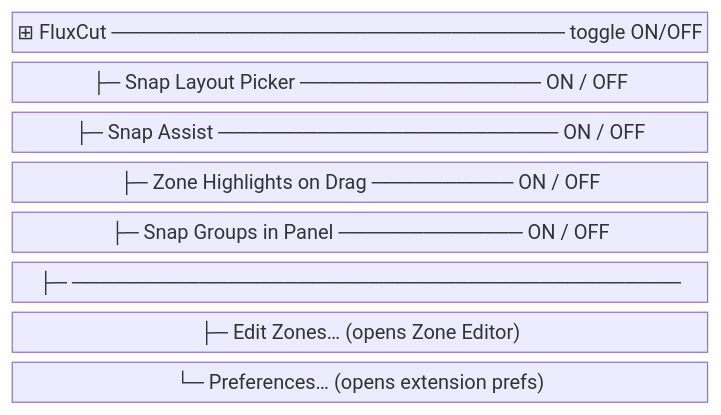
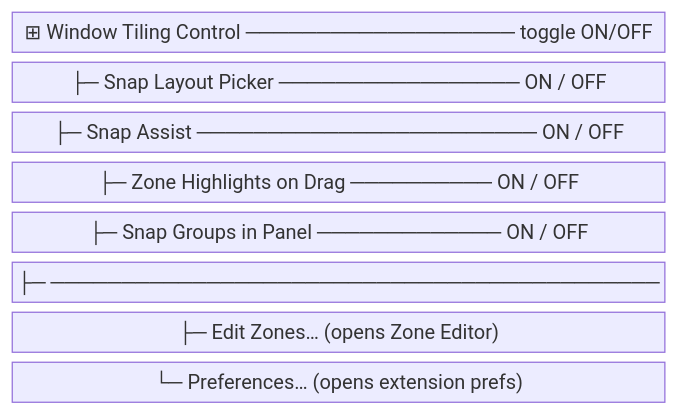
Before and after one commit to IvoBrandao/fluxcut: diagram 12 of 15 in docs/arch.md, drawn with Mermaid. The commit also changed other lines of this file and 10 other files, not shown here.

First line of the commit message:
feat: Rename extension to "Window Tiling Control" and update related documentation

````diff
--- a/docs/arch.md
+++ b/docs/arch.md
@@ -372,12 +453,12 @@
 ```mermaid
 block-beta
   columns 1
-  A["⊞ FluxCut ──────────────────────────────── toggle ON/OFF"]
+  A["⊞ Window Tiling Control ─────────────────── toggle ON/OFF"]
   B["  ├─ Snap Layout Picker ───────────────── ON / OFF"]
   C["  ├─ Snap Assist ────────────────────────  ON / OFF"]
   D["  ├─ Zone Highlights on Drag ──────────  ON / OFF"]
   E["  ├─ Snap Groups in Panel ───────────── ON / OFF"]
   F["  ├─ ─────────────────────────────────────────── "]
   G["  ├─ Edit Zones…  (opens Zone Editor)"]
   H["  └─ Preferences…  (opens extension prefs)"]
 ```
````
